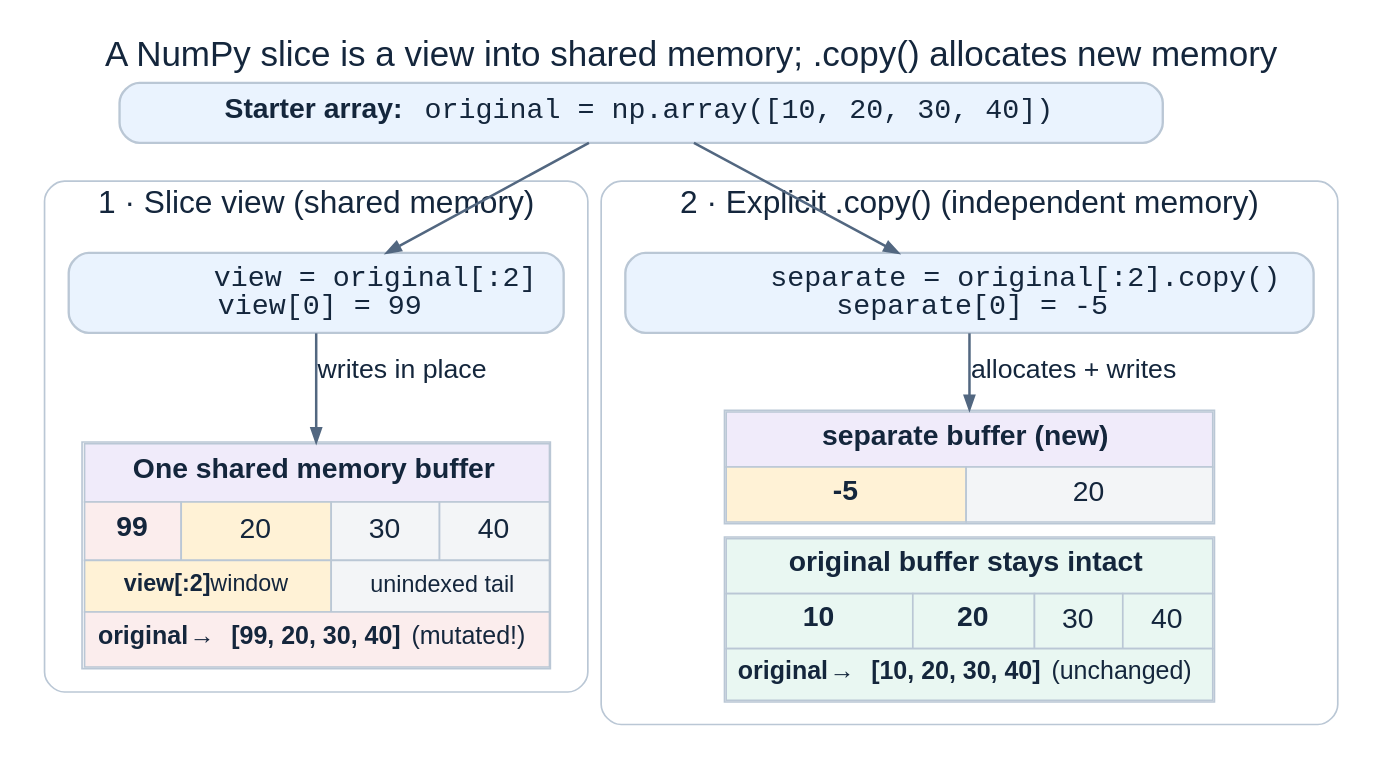
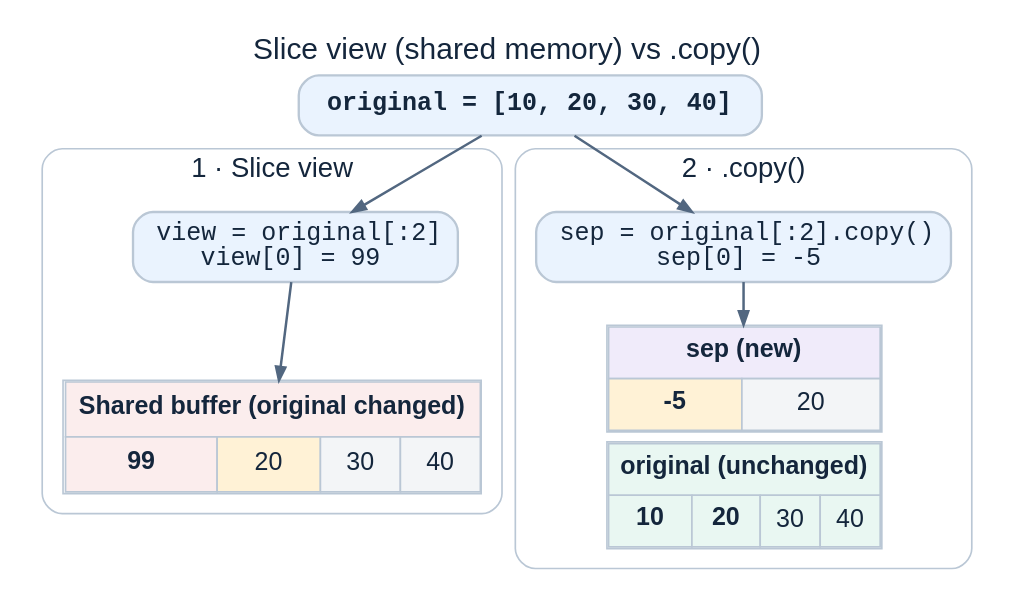
The diagram in book/diagrams/array-views.dot (xangma/jupyter_data_languages), drawn with Graphviz before and after one commit. The commit also changed 20 other files, not shown here.

Commit message:
Trim all remaining Primer, Session 1, Session 3, and Signal diagrams

```diff
--- a/book/diagrams/array-views.dot
+++ b/book/diagrams/array-views.dot
@@ -1,101 +1,80 @@
-// Source: 01-catalogue.ipynb; slice views share memory while .copy() allocates a new buffer.
+// Source: 00-primer.ipynb; slice views share memory while .copy() allocates new memory.
 digraph array_views {
   graph [
-    bgcolor="white", fontname="Arial", fontsize=21, fontcolor="#14263C",
-    label="A NumPy slice is a view into shared memory; .copy() allocates new memory",
-    labelloc=t, rankdir=TB, newrank=true, nodesep=0.32, ranksep=0.38, pad=0.16
+    bgcolor="white", fontname="Arial", fontsize=18, fontcolor="#14263C",
+    label="Slice view (shared memory) vs .copy()",
+    labelloc=t, rankdir=TB, newrank=true, nodesep=0.34, ranksep=0.36, pad=0.14
   ];
   node [
-    shape=plain, fontname="Arial", fontsize=17, fontcolor="#14263C",
+    shape=plain, fontname="Arial", fontsize=15, fontcolor="#14263C",
     color="#BAC7D5", penwidth=1.4
   ];
   edge [
-    fontname="Arial", fontsize=16, fontcolor="#14263C",
+    fontname="Arial", fontsize=13.5, fontcolor="#14263C",
     color="#526780", penwidth=1.5, arrowsize=0.8
   ];
 
-  start [shape=box, style="rounded,filled", fillcolor="#EAF3FE", margin="0.18,0.10",
-         label=<
-           <B>Starter array:</B>  <FONT FACE="Courier New">original = np.array([10, 20, 30, 40])</FONT>
-         >];
+  start [shape=box, style="rounded,filled", fillcolor="#EAF3FE", margin="0.16,0.09",
+         label=< <FONT FACE="Courier New"><B>original = [10, 20, 30, 40]</B></FONT> >];
 
   subgraph cluster_view {
-    label="1 · Slice view (shared memory)";
-    fontsize=19; style="rounded"; color="#BAC7D5"; margin=14;
+    label="1 · Slice view";
+    fontsize=16.5; style="rounded"; color="#BAC7D5"; margin=12;
 
-    view_code [shape=box, style="rounded,filled", fillcolor="#EAF3FE", margin="0.14,0.10",
-               label=<
-                 <FONT FACE="Courier New">view = original[:2]</FONT><BR/>
-                 <FONT FACE="Courier New">view[0] = 99</FONT>
-               >];
+    view_code [shape=box, style="rounded,filled", fillcolor="#EAF3FE", margin="0.12,0.08",
+               label=< <FONT FACE="Courier New">view = original[:2]<BR/>view[0] = 99</FONT> >];
 
     view_mem [label=<
       <TABLE BORDER="1" CELLBORDER="1" CELLSPACING="0" CELLPADDING="7" COLOR="#BAC7D5">
-        <TR><TD COLSPAN="4" BGCOLOR="#F0EBFA"><B>One shared memory buffer</B></TD></TR>
+        <TR><TD COLSPAN="4" BGCOLOR="#FBEDED"><B>Shared buffer (original changed)</B></TD></TR>
         <TR>
           <TD BGCOLOR="#FBEDED"><B>99</B></TD>
           <TD BGCOLOR="#FFF2D6">20</TD>
           <TD BGCOLOR="#F3F5F7">30</TD>
           <TD BGCOLOR="#F3F5F7">40</TD>
         </TR>
-        <TR>
-          <TD COLSPAN="2" BGCOLOR="#FFF2D6"><FONT POINT-SIZE="14"><B>view[:2]</B> window</FONT></TD>
-          <TD COLSPAN="2" BGCOLOR="#F3F5F7"><FONT POINT-SIZE="14">unindexed tail</FONT></TD>
-        </TR>
-        <TR>
-          <TD COLSPAN="4" BGCOLOR="#FBEDED"><FONT POINT-SIZE="15"><B>original</B> → <B>[99, 20, 30, 40]</B>  (mutated!)</FONT></TD>
-        </TR>
       </TABLE>
     >];
 
-    view_code -> view_mem [label="writes in place"];
+    view_code -> view_mem;
   }
 
   subgraph cluster_copy {
-    label="2 · Explicit .copy() (independent memory)";
-    fontsize=19; style="rounded"; color="#BAC7D5"; margin=14;
+    label="2 · .copy()";
+    fontsize=16.5; style="rounded"; color="#BAC7D5"; margin=12;
 
-    copy_code [shape=box, style="rounded,filled", fillcolor="#EAF3FE", margin="0.14,0.10",
-               label=<
-                 <FONT FACE="Courier New">separate = original[:2].copy()</FONT><BR/>
-                 <FONT FACE="Courier New">separate[0] = -5</FONT>
-               >];
+    copy_code [shape=box, style="rounded,filled", fillcolor="#EAF3FE", margin="0.12,0.08",
+               label=< <FONT FACE="Courier New">sep = original[:2].copy()<BR/>sep[0] = -5</FONT> >];
 
     copy_mem [label=<
       <TABLE BORDER="0" CELLBORDER="0" CELLSPACING="0" CELLPADDING="0">
         <TR><TD>
           <TABLE BORDER="1" CELLBORDER="1" CELLSPACING="0" CELLPADDING="6" COLOR="#BAC7D5">
-            <TR><TD COLSPAN="2" BGCOLOR="#F0EBFA"><B>separate buffer (new)</B></TD></TR>
-            <TR>
-              <TD BGCOLOR="#FFF2D6"><B>-5</B></TD>
-              <TD BGCOLOR="#F3F5F7">20</TD>
-            </TR>
+            <TR><TD COLSPAN="2" BGCOLOR="#F0EBFA"><B>sep (new)</B></TD></TR>
+            <TR><TD BGCOLOR="#FFF2D6"><B>-5</B></TD><TD BGCOLOR="#F3F5F7">20</TD></TR>
           </TABLE>
         </TD></TR>
-        <TR><TD HEIGHT="8"></TD></TR>
+        <TR><TD HEIGHT="6"></TD></TR>
         <TR><TD>
           <TABLE BORDER="1" CELLBORDER="1" CELLSPACING="0" CELLPADDING="6" COLOR="#BAC7D5">
-            <TR><TD COLSPAN="4" BGCOLOR="#E9F7F2"><B>original buffer stays intact</B></TD></TR>
+            <TR><TD COLSPAN="4" BGCOLOR="#E9F7F2"><B>original (unchanged)</B></TD></TR>
             <TR>
               <TD BGCOLOR="#E9F7F2"><B>10</B></TD>
               <TD BGCOLOR="#E9F7F2"><B>20</B></TD>
               <TD BGCOLOR="#E9F7F2">30</TD>
               <TD BGCOLOR="#E9F7F2">40</TD>
             </TR>
-            <TR>
-              <TD COLSPAN="4" BGCOLOR="#E9F7F2"><FONT POINT-SIZE="15"><B>original</B> → <B>[10, 20, 30, 40]</B>  (unchanged)</FONT></TD>
-            </TR>
           </TABLE>
         </TD></TR>
       </TABLE>
     >];
 
-    copy_code -> copy_mem [label="allocates + writes"];
+    copy_code -> copy_mem;
   }
 
   { rank=same; view_code; copy_code; }
   { rank=same; view_mem; copy_mem; }
 
   start -> view_code;
   start -> copy_code;
 }
```
